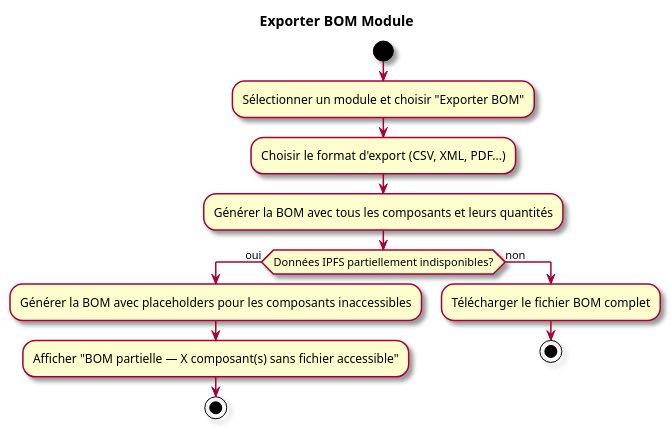
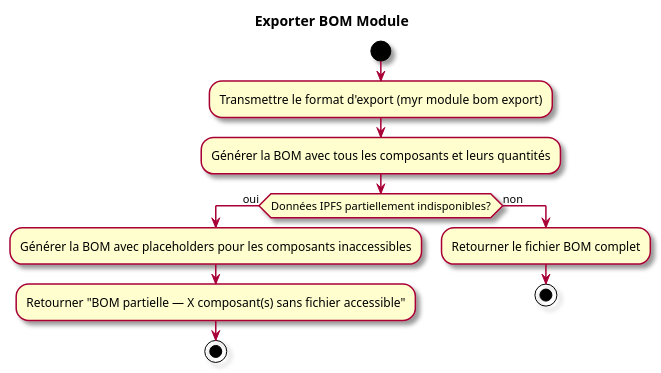
One commit to olivaux/myr changed the second of 2 diagrams in specs/1-Expression/UCREC-Recherche/UCREC05.md. Above: the diagram before and after it, drawn with PlantUML. The commit also changed other lines of this file and 65 other files, not shown here.

````diff
--- a/specs/1-Expression/UCREC-Recherche/UCREC05.md
+++ b/specs/1-Expression/UCREC-Recherche/UCREC05.md
@@ -66,18 +72,17 @@
 ```plantuml
 @startuml
 skin rose
 title Exporter BOM Module
 start
-:Sélectionner un module et choisir "Exporter BOM";
-:Choisir le format d'export (CSV, XML, PDF...);
+:Transmettre le format d'export (myr module bom export);
 :Générer la BOM avec tous les composants et leurs quantités;
 if (Données IPFS partiellement indisponibles?) then (oui)
   :Générer la BOM avec placeholders pour les composants inaccessibles;
-  :Afficher "BOM partielle — X composant(s) sans fichier accessible";
+  :Retourner "BOM partielle — X composant(s) sans fichier accessible";
   stop
 else (non)
-  :Télécharger le fichier BOM complet;
+  :Retourner le fichier BOM complet;
   stop
 endif
 @enduml
 ```
````
